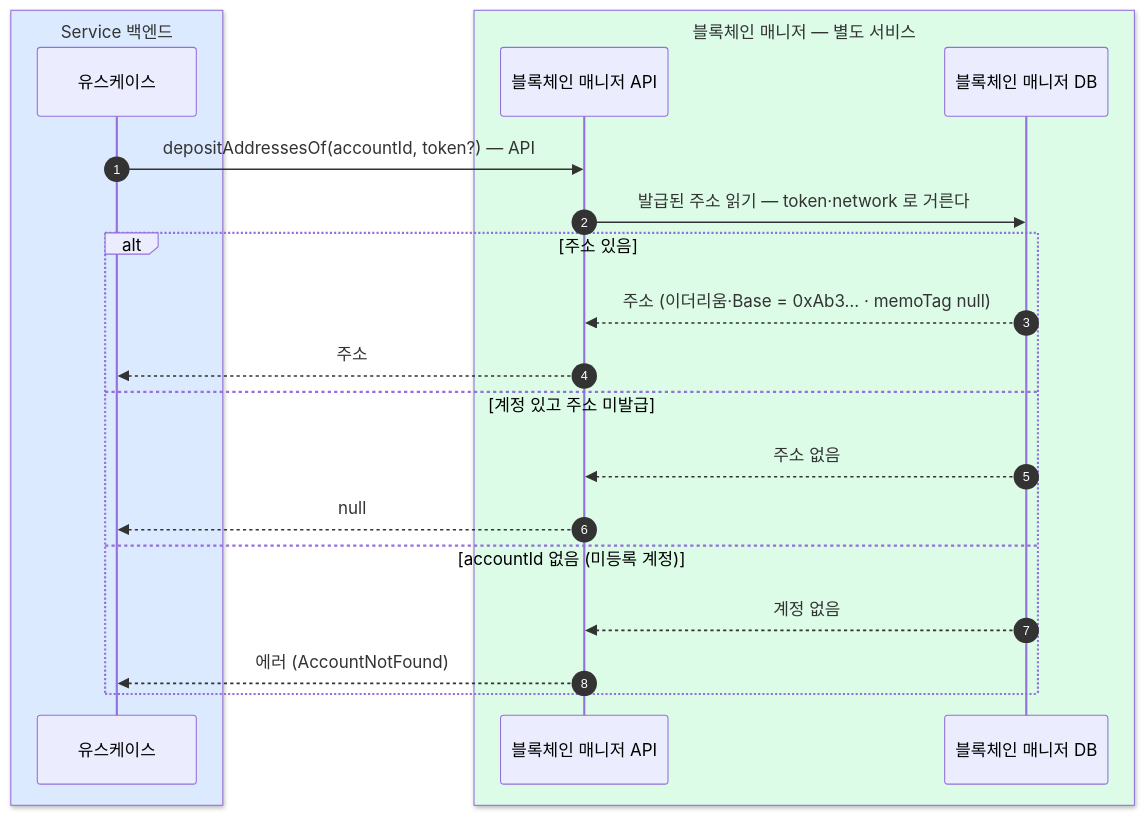
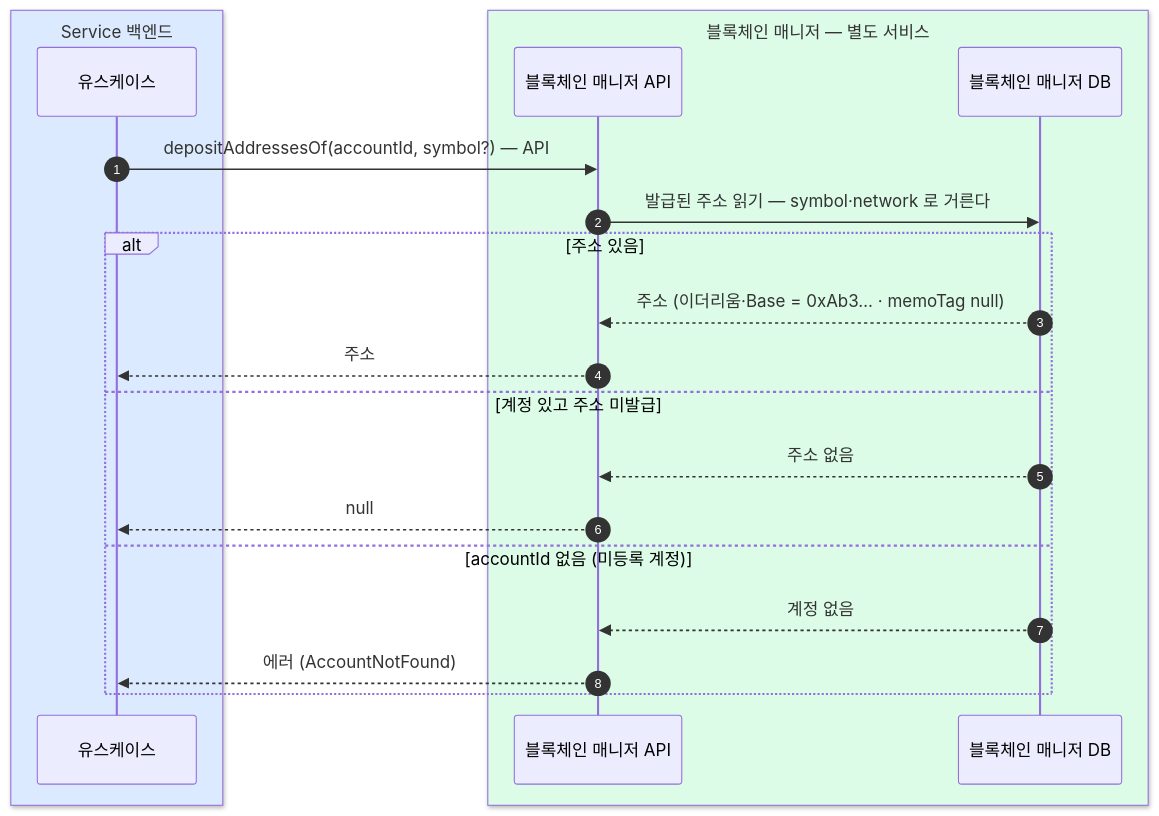
One commit to eunsujeo/eunpus changed the diagram in blockchain-manager/docs/블록체인매니저/설계/03-address-of.md. Above: the diagram before and after it, drawn with Mermaid. The commit also changed other lines of this file and 16 other files, not shown here.

First line of the commit message:
자산 필드 이름을 symbol 로 통일 — token 은 뜻이 셋이라 못 쓴다 (0.3.0)

````diff
--- a/blockchain-manager/docs/블록체인매니저/설계/03-address-of.md
+++ b/blockchain-manager/docs/블록체인매니저/설계/03-address-of.md
@@ -18,24 +18,24 @@
 ```mermaid
 sequenceDiagram
     autonumber
     box rgb(219,234,254) Service 백엔드
     participant BE as 유스케이스
     end
     box rgb(220,252,231) 블록체인 매니저 — 별도 서비스
     participant BM as 블록체인 매니저 API
     participant MDB as 블록체인 매니저 DB
     end
 
-    BE->>BM: depositAddressesOf(accountId, token?) — API
-    BM->>MDB: 발급된 주소 읽기 — token·network 로 거른다
+    BE->>BM: depositAddressesOf(accountId, symbol?) — API
+    BM->>MDB: 발급된 주소 읽기 — symbol·network 로 거른다
     alt 주소 있음
         MDB-->>BM: 주소 (이더리움·Base = 0xAb3… · memoTag null)
         BM-->>BE: 주소
     else 계정 있고 주소 미발급
         MDB-->>BM: 주소 없음
         BM-->>BE: null
     else accountId 없음 (미등록 계정)
         MDB-->>BM: 계정 없음
         BM-->>BE: 에러 (AccountNotFound)
     end
 ```
````
